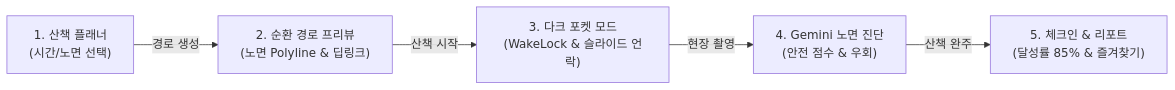
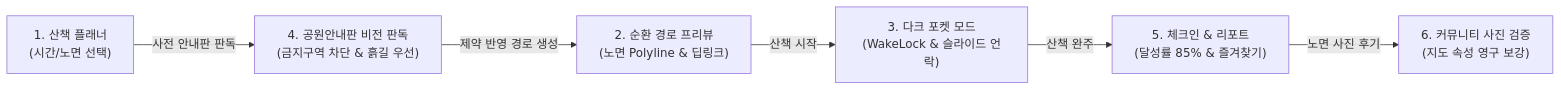
One commit to gigantess/PawTrail changed the diagram in docs/screens/README.md. Above: the diagram before and after it, drawn with Mermaid. The commit also changed other lines of this file and 4 other files, not shown here.

````diff
--- a/docs/screens/README.md
+++ b/docs/screens/README.md
@@ -9,7 +9,8 @@
 ```mermaid
 graph LR
-    S1["1. 산책 플래너<br/>(시간/노면 선택)"] -->|경로 생성| S2["2. 순환 경로 프리뷰<br/>(노면 Polyline & 딥링크)"]
+    S1["1. 산책 플래너<br/>(시간/노면 선택)"] -->|사전 안내판 판독| S4["4. 공원안내판 비전 판독<br/>(금지구역 차단 & 흙길 우선)"]
+    S4 -->|제약 반영 경로 생성| S2["2. 순환 경로 프리뷰<br/>(노면 Polyline & 딥링크)"]
     S2 -->|산책 시작| S3["3. 다크 포켓 모드<br/>(WakeLock & 슬라이드 언락)"]
-    S3 -->|현장 촬영| S4["4. Gemini 노면 진단<br/>(안전 점수 & 우회)"]
-    S4 -->|산책 완주| S5["5. 체크인 & 리포트<br/>(달성률 85% & 즐겨찾기)"]
+    S3 -->|산책 완주| S5["5. 체크인 & 리포트<br/>(달성률 85% & 즐겨찾기)"]
+    S5 -->|노면 사진 후기| S6["6. 커뮤니티 사진 검증<br/>(지도 속성 영구 보강)"]
 ```
````
